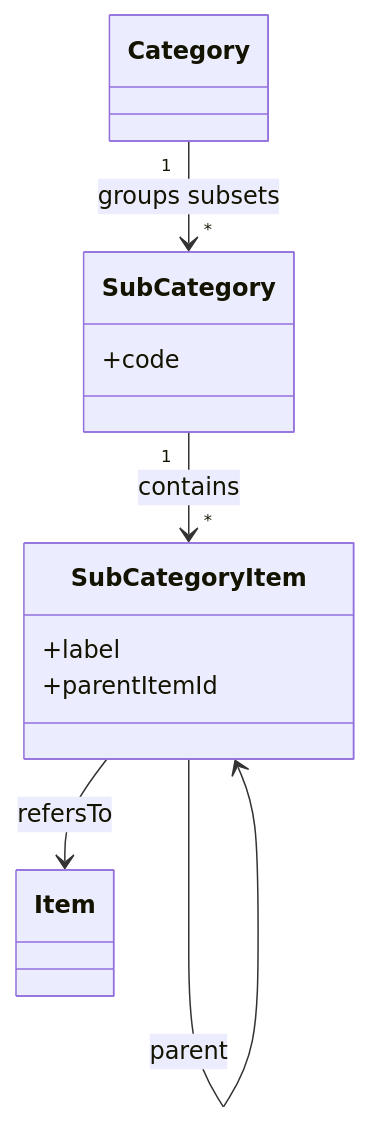
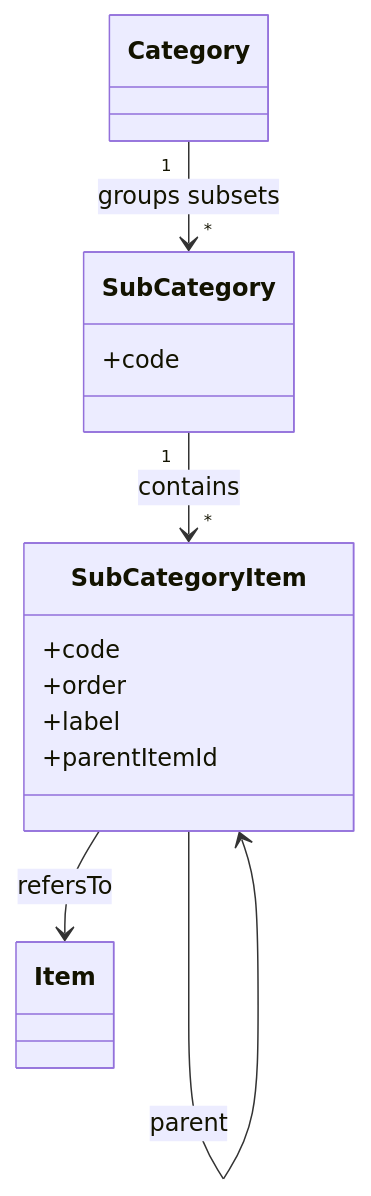
One commit to sdmx-twg/wp-sdmx-dpm changed the sixth of 9 diagrams in docs/models-relationships/01_glossary/01_glossary_overview.md. Above: the diagram before and after it, drawn with Mermaid. The commit also changed other lines of this file, not shown here.

First line of the commit message:
fix: add missing code and order attributes to SubCategoryItem

````diff
--- a/docs/models-relationships/01_glossary/01_glossary_overview.md
+++ b/docs/models-relationships/01_glossary/01_glossary_overview.md
@@ -190,14 +190,16 @@
 ```mermaid
 classDiagram
     class SubCategory {
       +code
     }
     class SubCategoryItem {
+      +code
+      +order
       +label
       +parentItemId
     }
     Category "1" --> "*" SubCategory : groups subsets
     SubCategory "1" --> "*" SubCategoryItem : contains
     SubCategoryItem --> Item : refersTo
     SubCategoryItem --> SubCategoryItem : parent
 ```
````
